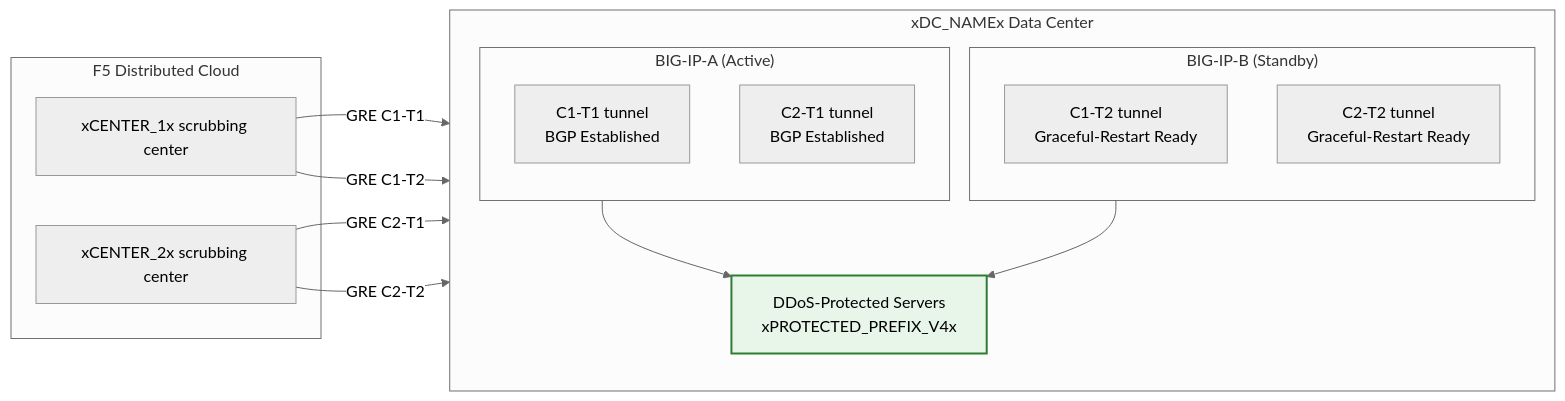
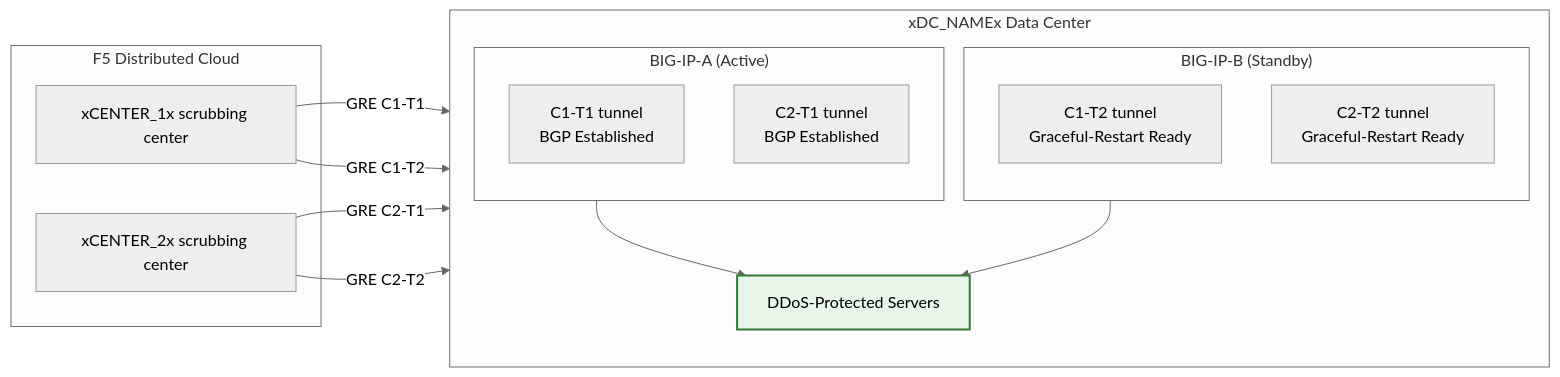
One commit to robinmordasiewicz/f5xc-bigip-ddos-gre changed the second of 4 diagrams in docs/index.md. Above: the diagram before and after it, drawn with Mermaid (neutral theme).

````diff
--- a/docs/index.md
+++ b/docs/index.md
@@ -54,29 +54,29 @@
 ```mermaid
 flowchart LR
     subgraph F5XC["F5 Distributed Cloud"]
         C1["xCENTER_1x scrubbing center"]
         C2["xCENTER_2x scrubbing center"]
     end
 
     subgraph DC["xDC_NAMEx Data Center"]
         direction TB
         subgraph UNITA["BIG-IP-A (Active)"]
             A_C1["C1-T1 tunnel<br/>BGP Established"]
             A_C2["C2-T1 tunnel<br/>BGP Established"]
         end
         subgraph UNITB["BIG-IP-B (Standby)"]
             B_C1["C1-T2 tunnel<br/>Graceful-Restart Ready"]
             B_C2["C2-T2 tunnel<br/>Graceful-Restart Ready"]
         end
-        SERVERS["DDoS-Protected Servers<br/>xPROTECTED_PREFIX_V4x"]
+        SERVERS["DDoS-Protected Servers"]
     end
 
     C1 -- "GRE C1-T1" --> A_C1
     C2 -- "GRE C2-T1" --> A_C2
     C1 -- "GRE C1-T2" --> B_C1
     C2 -- "GRE C2-T2" --> B_C2
     UNITA --> SERVERS
     UNITB --> SERVERS
 
     style SERVERS fill:#e8f5e9,stroke:#2e7d32,stroke-width:2px
 ```
````
